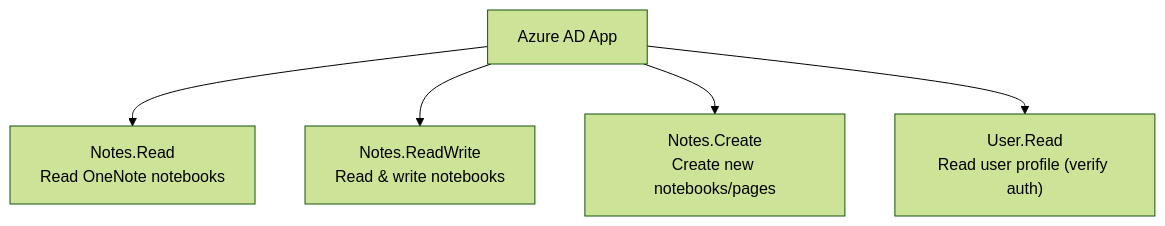
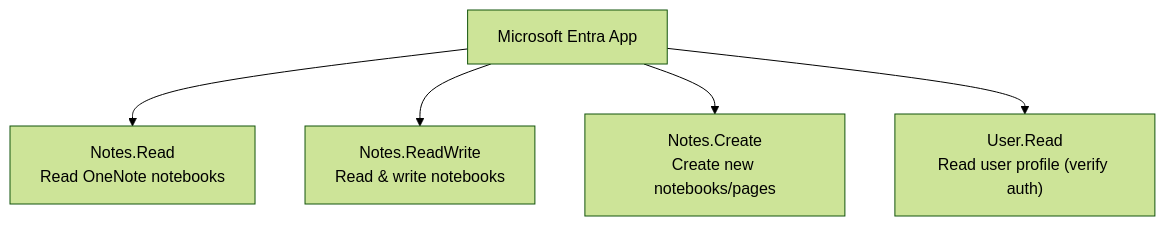
The third of 3 diagrams in documentation/authentication.md (Mo-Tamim/onenotemcp), drawn with Mermaid (forest theme) before and after one commit. The commit also changed other lines of this file and 3 other files, not shown here.

````diff
--- a/documentation/authentication.md
+++ b/documentation/authentication.md
@@ -129,7 +138,7 @@
 ```mermaid
 graph TD
-    A["Azure AD App"] --> B["Notes.Read<br/>Read OneNote notebooks"]
+    A["Microsoft Entra App"] --> B["Notes.Read<br/>Read OneNote notebooks"]
     A --> C["Notes.ReadWrite<br/>Read & write notebooks"]
     A --> D["Notes.Create<br/>Create new notebooks/pages"]
     A --> E["User.Read<br/>Read user profile (verify auth)"]
 ```
````
